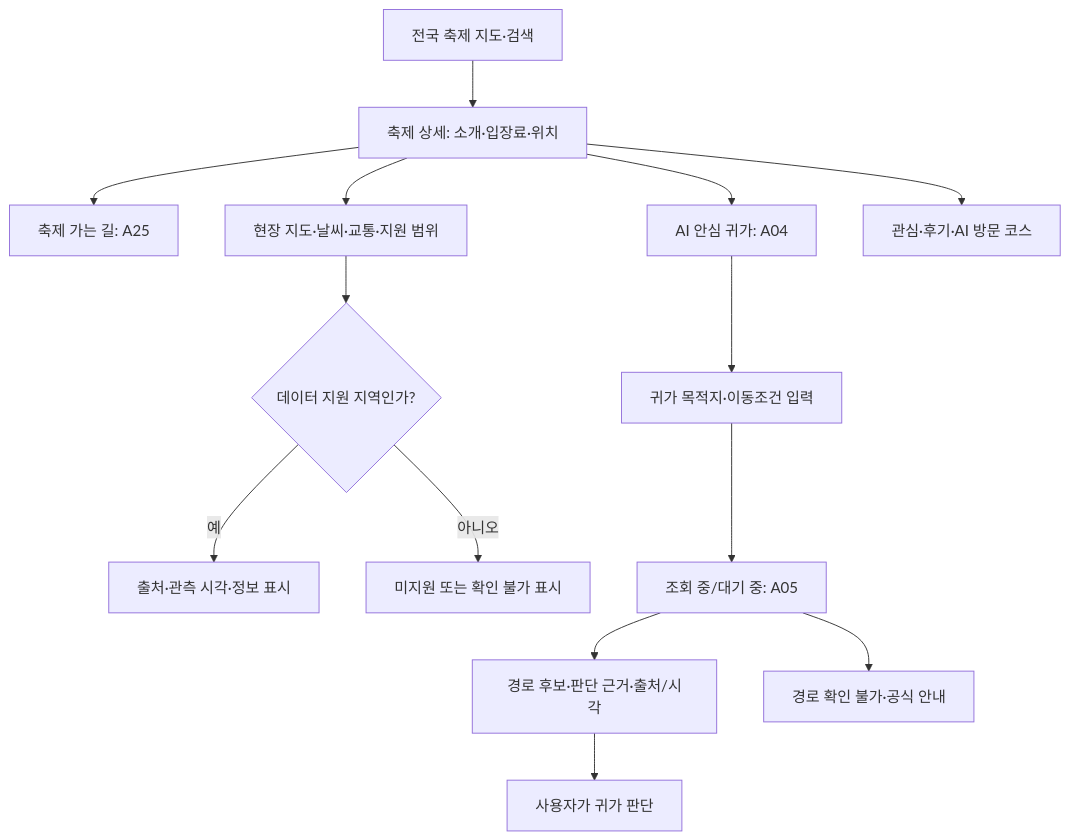
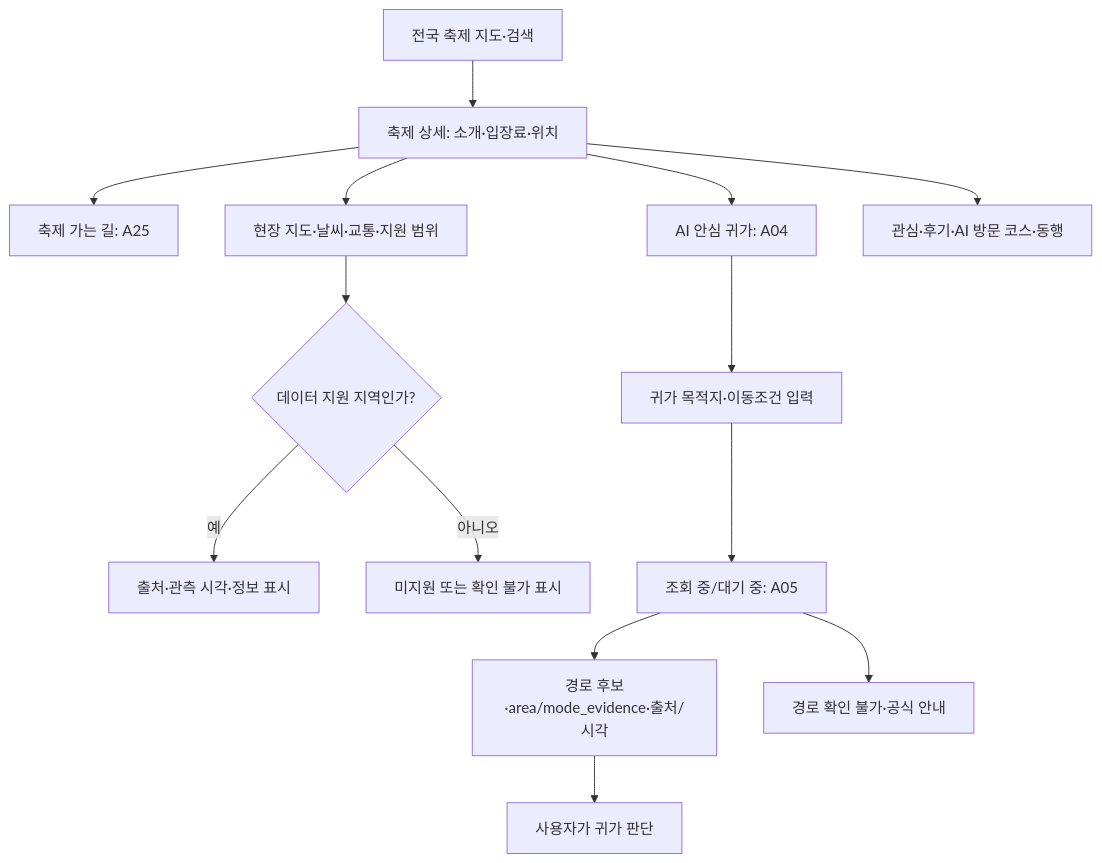
The second of 3 diagrams in Docs/Step 1/놀다가_기획서.md (yubeenjjang/Final3team), drawn with Mermaid before and after one commit. The commit also changed other lines of this file and 1 other file, not shown here.

````diff
--- a/Docs/Step 1/놀다가_기획서.md
+++ b/Docs/Step 1/놀다가_기획서.md
@@ -871,16 +988,16 @@
 ```mermaid
 flowchart TD
   Home[전국 축제 지도·검색] --> Detail[축제 상세: 소개·입장료·위치]
   Detail --> Visit[축제 가는 길: A25]
   Detail --> Live[현장 지도·날씨·교통·지원 범위]
   Live --> Check{데이터 지원 지역인가?}
   Check -->|예| Real[출처·관측 시각·정보 표시]
   Check -->|아니오| Unsupported[미지원 또는 확인 불가 표시]
   Detail --> Return[AI 안심 귀가: A04]
   Return --> Dest[귀가 목적지·이동조건 입력]
   Dest --> Route[조회 중/대기 중: A05]
-  Route --> Valid[경로 후보·판단 근거·출처/시각]
+  Route --> Valid[경로 후보·area/mode_evidence·출처/시각]
   Route --> Failed[경로 확인 불가·공식 안내]
   Valid --> Choice[사용자가 귀가 판단]
-  Detail --> Interest[관심·후기·AI 방문 코스]
+  Detail --> Interest[관심·후기·AI 방문 코스·동행]
 ```
````
